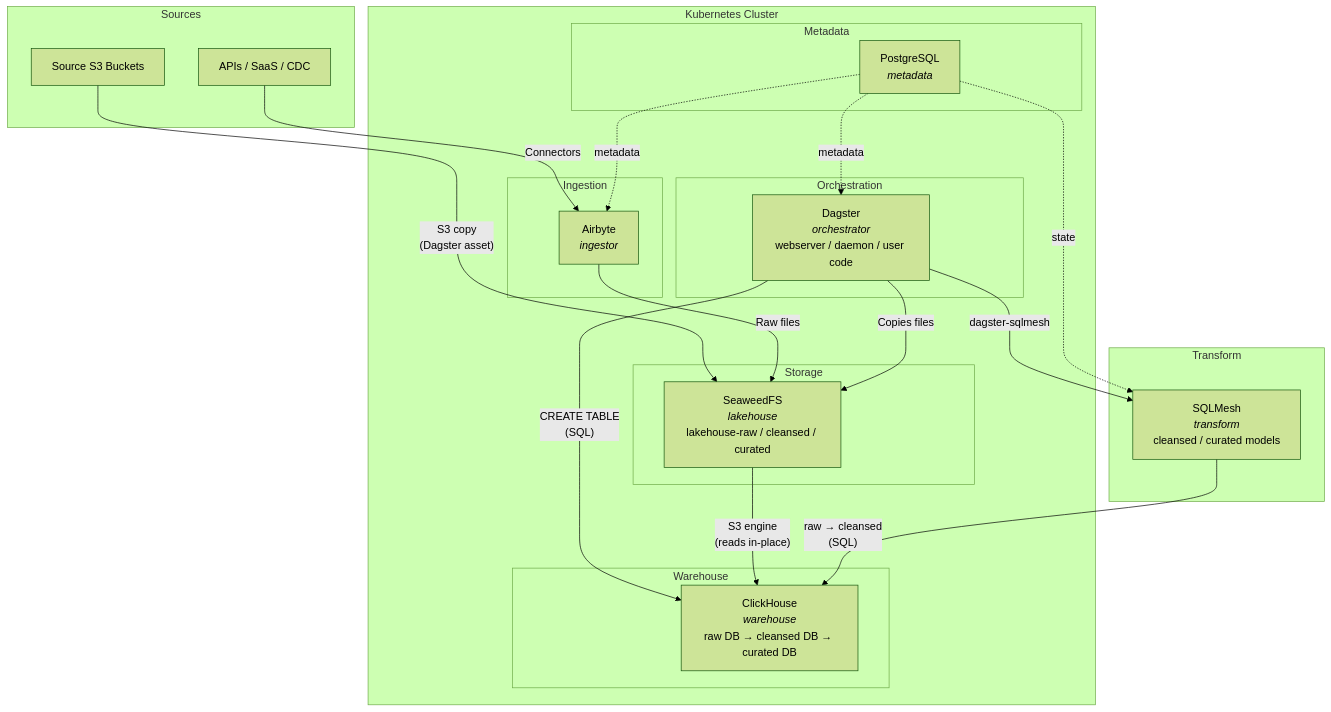
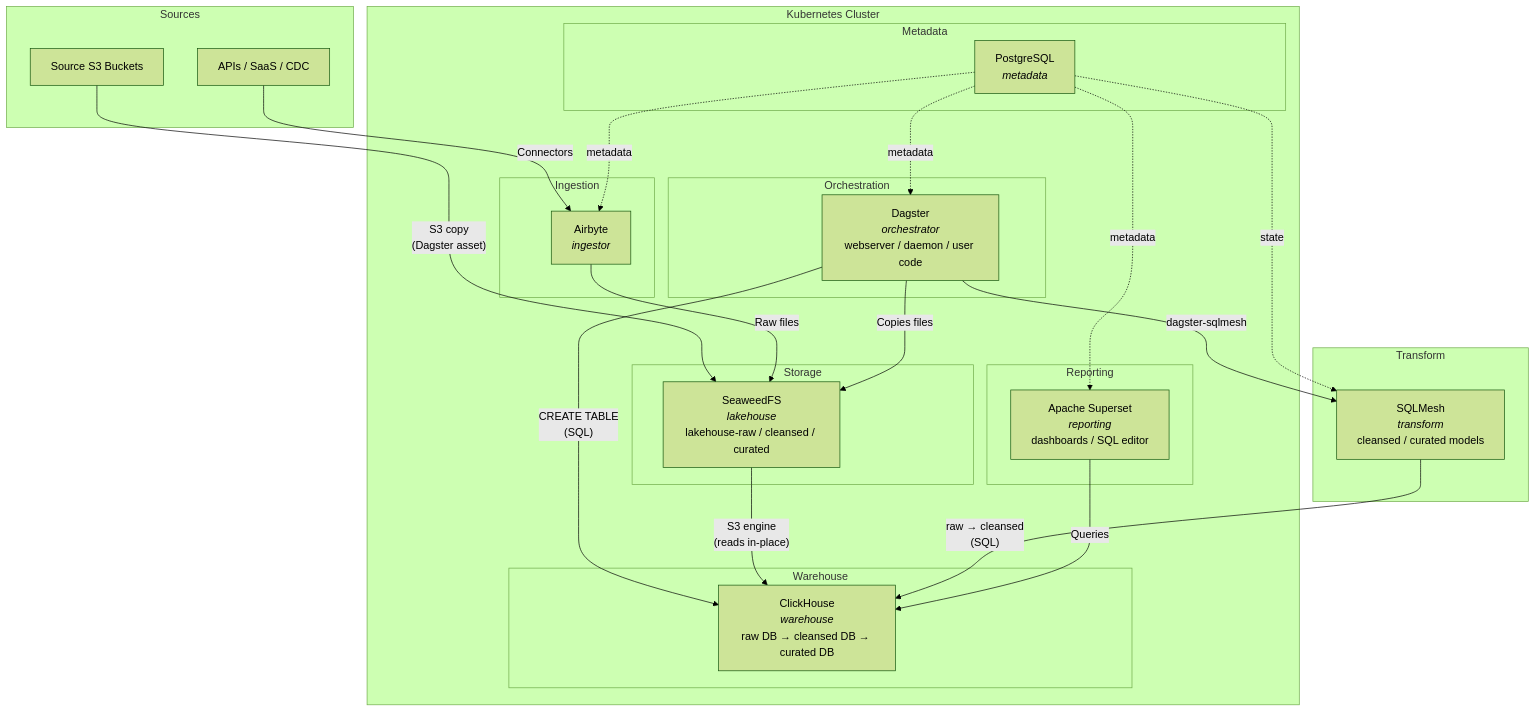
Before and after one commit to dfunto/os-data-platform: the diagram in README.md, drawn with Mermaid (forest theme). The commit also changed other lines of this file and 1 other file, not shown here.

````diff
--- a/README.md
+++ b/README.md
@@ -9,45 +9,51 @@
 ```mermaid
 graph TB
     subgraph Sources
         S3["Source S3 Buckets"]
         API["APIs / SaaS / CDC"]
     end
 
     subgraph K8s["Kubernetes Cluster"]
         subgraph Orchestration
             Dagster["Dagster<br/><i>orchestrator</i><br/>webserver / daemon / user code"]
         end
 
         subgraph Storage
             SeaweedFS["SeaweedFS<br/><i>lakehouse</i><br/>lakehouse-raw / cleansed / curated"]
         end
 
         subgraph Warehouse
             ClickHouse["ClickHouse<br/><i>warehouse</i><br/>raw DB → cleansed DB → curated DB"]
         end
 
         subgraph Ingestion
             Airbyte["Airbyte<br/><i>ingestor</i>"]
         end
 
+        subgraph Reporting
+            Superset["Apache Superset<br/><i>reporting</i><br/>dashboards / SQL editor"]
+        end
+
         subgraph Metadata
             Postgres["PostgreSQL<br/><i>metadata</i>"]
         end
     end
 
     subgraph Transform
         SQLMesh["SQLMesh<br/><i>transform</i><br/>cleansed / curated models"]
     end
 
     S3 -- "S3 copy<br/>(Dagster asset)" --> SeaweedFS
     API -- "Connectors" --> Airbyte
     Airbyte -- "Raw files" --> SeaweedFS
     Dagster -- "Copies files" --> SeaweedFS
     Dagster -- "CREATE TABLE<br/>(SQL)" --> ClickHouse
     SeaweedFS -- "S3 engine<br/>(reads in-place)" --> ClickHouse
     Dagster -- "dagster-sqlmesh" --> SQLMesh
     SQLMesh -- "raw → cleansed<br/>(SQL)" --> ClickHouse
+    Superset -- "Queries" --> ClickHouse
     Postgres -. "metadata" .-> Dagster
     Postgres -. "metadata" .-> Airbyte
+    Postgres -. "metadata" .-> Superset
     Postgres -. "state" .-> SQLMesh
 ```
````
